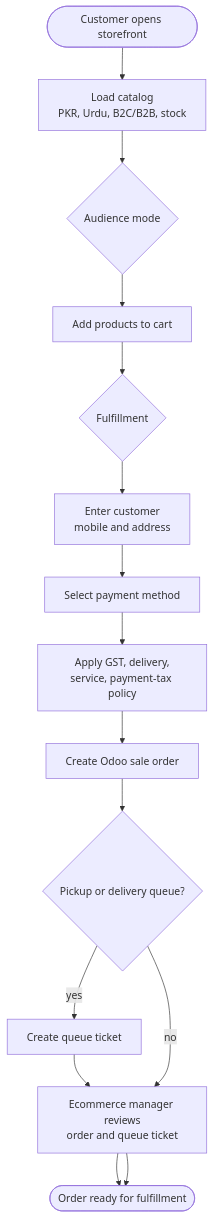
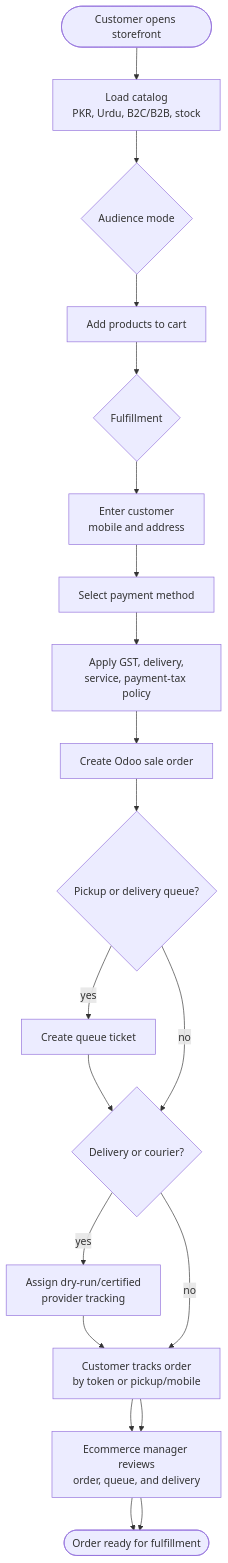
One commit to adeelarshad414/tijara-suite changed the eighth of 14 diagrams in docs/DIAGRAMS.md. Above: the diagram before and after it, drawn with Mermaid. The commit also changed other lines of this file and 23 other files, not shown here.

Commit message:
Add ecommerce order tracking and delivery providers

````diff
--- a/docs/DIAGRAMS.md
+++ b/docs/DIAGRAMS.md
@@ -332,22 +344,27 @@
 ```mermaid
 flowchart TD
     Open(["Customer opens storefront"])
     Catalog["Load catalog\nPKR, Urdu, B2C/B2B, stock"]
     Audience{"Audience mode"}
     Cart["Add products to cart"]
     Fulfillment{"Fulfillment"}
     Customer["Enter customer\nmobile and address"]
     Payment["Select payment method"]
     Policy["Apply GST, delivery,\nservice, payment-tax policy"]
     CreateSO["Create Odoo sale order"]
     Queue{"Pickup or delivery queue?"}
     Ticket["Create queue ticket"]
-    Review["Ecommerce manager reviews\norder and queue ticket"]
+    Provider{"Delivery or courier?"}
+    Shipment["Assign dry-run/certified\nprovider tracking"]
+    Track["Customer tracks order\nby token or pickup/mobile"]
+    Review["Ecommerce manager reviews\norder, queue, and delivery"]
     Done(["Order ready for fulfillment"])
 
     Open --> Catalog --> Audience
     Audience --> Cart --> Fulfillment --> Customer --> Payment --> Policy --> CreateSO
     CreateSO --> Queue
-    Queue -- yes --> Ticket --> Review --> Done
-    Queue -- no --> Review --> Done
+    Queue -- yes --> Ticket --> Provider
+    Queue -- no --> Provider
+    Provider -- yes --> Shipment --> Track --> Review --> Done
+    Provider -- no --> Track --> Review --> Done
 ```
````
